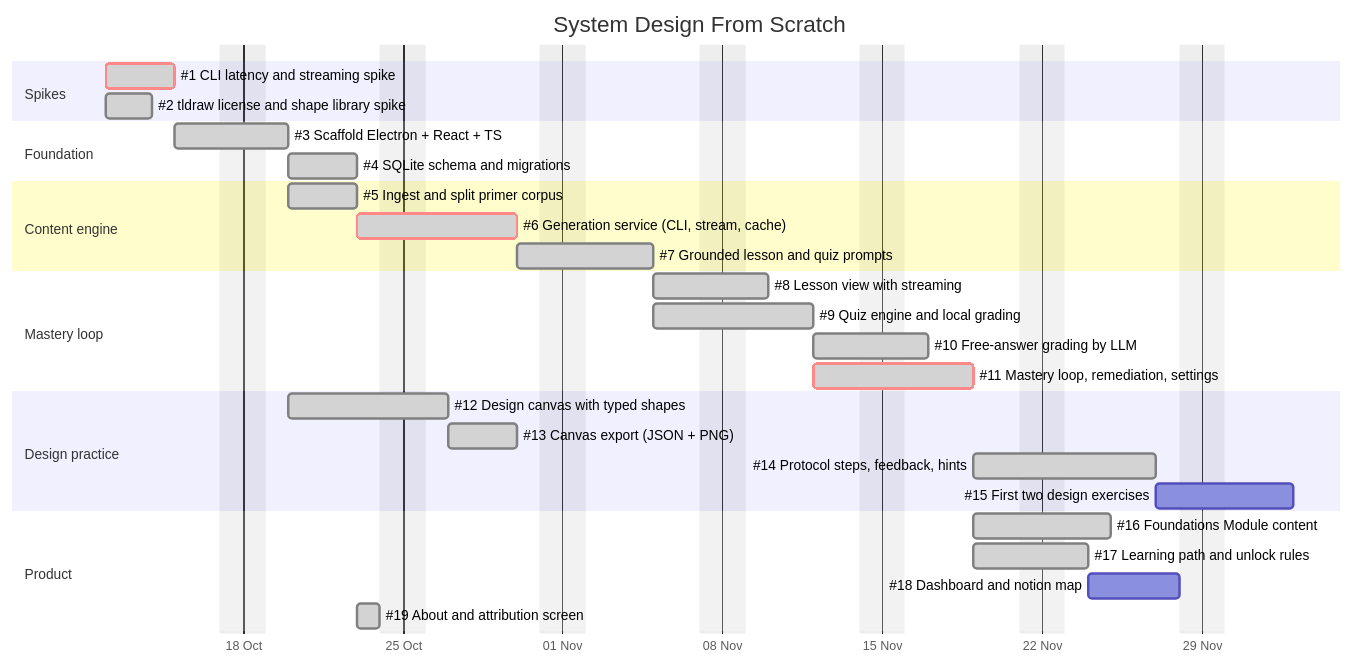
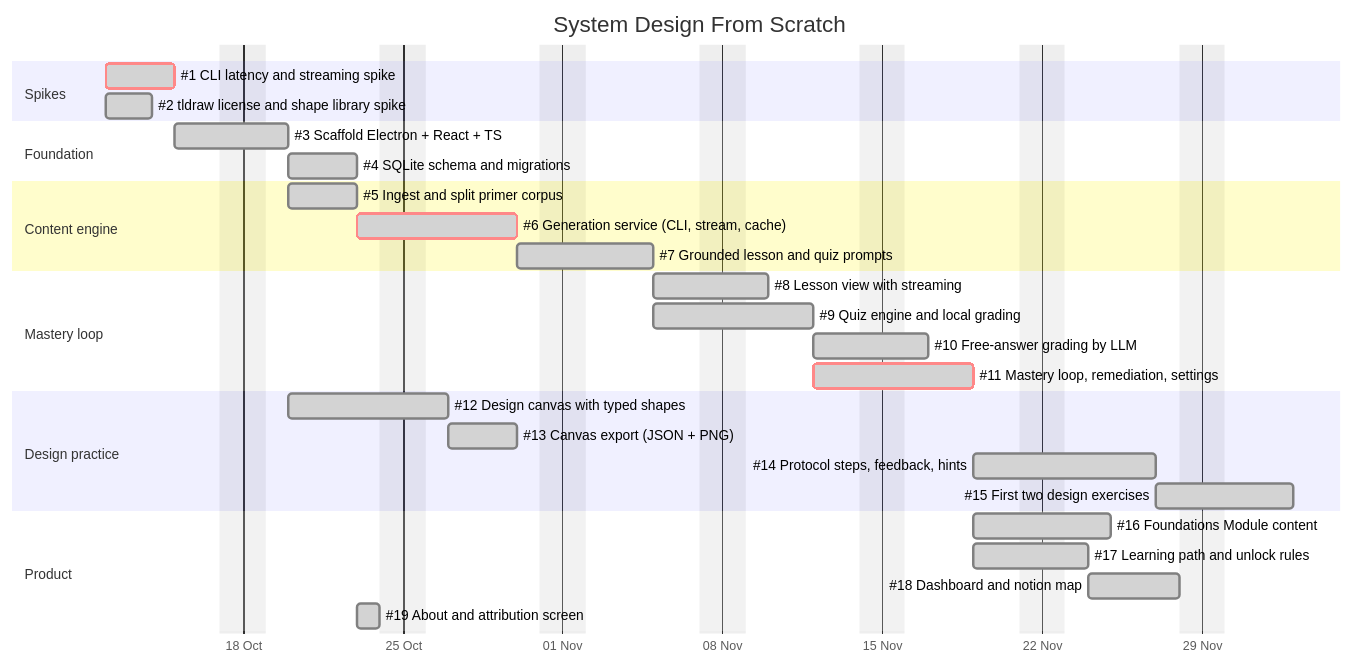
One commit to jbclaramonte/system-design-from-scratch changed the diagram in docs/ROADMAP.md. Above: the diagram before and after it, drawn with Mermaid. The commit also changed 64 other files, not shown here.

First line of the commit message:
feat: first two design exercises (#15), dashboard and notion map (#18)

````diff
--- a/docs/ROADMAP.md
+++ b/docs/ROADMAP.md
@@ -13,38 +13,38 @@
 ```mermaid
 gantt
     title System Design From Scratch
     dateFormat YYYY-MM-DD
     excludes weekends
     axisFormat %d %b
 
     section Spikes
     #1 CLI latency and streaming spike        :done, crit, s1, 2026-10-12, 3d
     #2 tldraw license and shape library spike :done, s2, 2026-10-12, 2d
 
     section Foundation
     #3 Scaffold Electron + React + TS         :done, f1, after s1, 3d
     #4 SQLite schema and migrations           :done, f2, after f1, 3d
 
     section Content engine
     #5 Ingest and split primer corpus         :done, c1, after f1, 3d
     #6 Generation service (CLI, stream, cache):done, crit, c2, after f2, 5d
     #7 Grounded lesson and quiz prompts       :done, c3, after c1 c2, 4d
 
     section Mastery loop
     #8 Lesson view with streaming             :done, m1, after c3, 3d
     #9 Quiz engine and local grading          :done, m2, after c3, 5d
     #10 Free-answer grading by LLM            :done, m3, after m2, 3d
     #11 Mastery loop, remediation, settings   :done, crit, m4, after m1 m2, 5d
 
     section Design practice
     #12 Design canvas with typed shapes       :done, d1, after s2 f1, 5d
     #13 Canvas export (JSON + PNG)            :done, d2, after d1, 3d
     #14 Protocol steps, feedback, hints       :done, d3, after d2 m4, 6d
-    #15 First two design exercises            :d4, after d3, 4d
+    #15 First two design exercises            :done, d4, after d3, 4d
 
     section Product
     #16 Foundations Module content            :done, p1, after m4, 4d
     #17 Learning path and unlock rules        :done, p2, after m4, 3d
-    #18 Dashboard and notion map              :p3, after p2, 4d
+    #18 Dashboard and notion map              :done, p3, after p2, 4d
     #19 About and attribution screen          :done, p4, after c1, 1d
 ```
````
